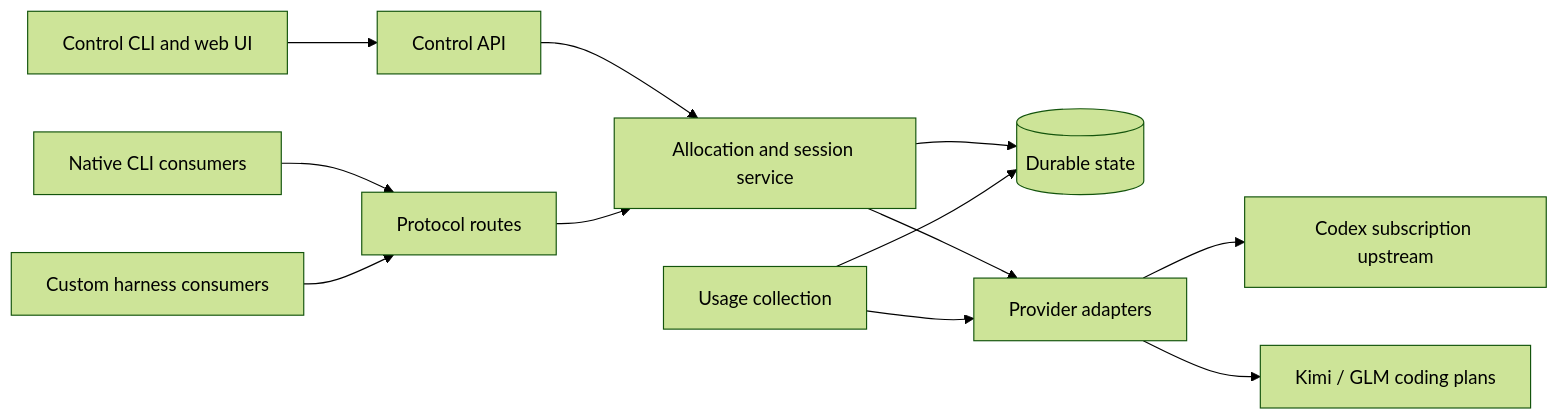
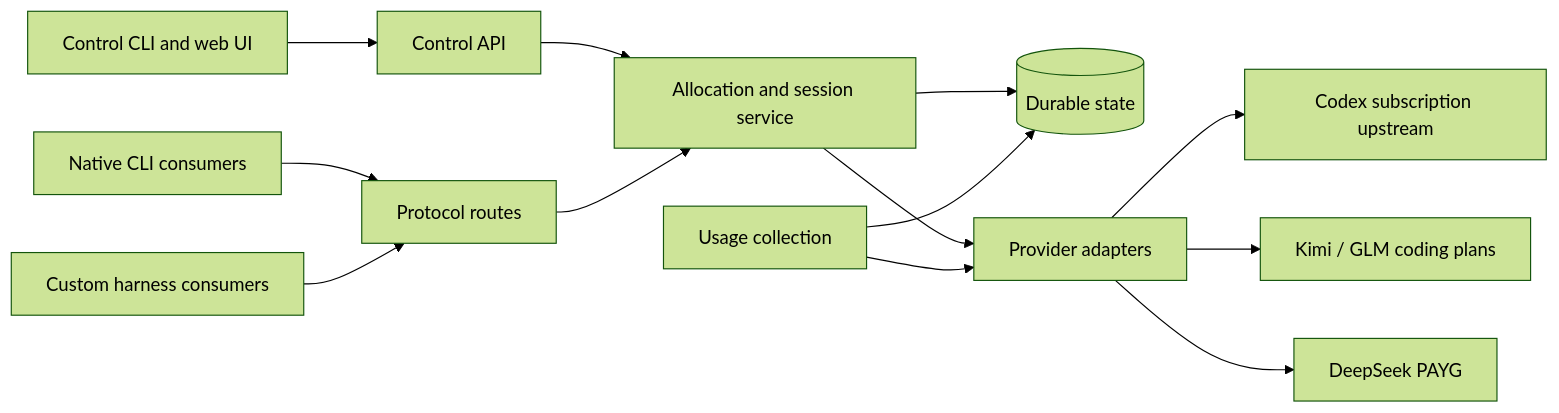
One commit to invidious9000/poolparty changed the diagram in design/architecture.md. Above: the diagram before and after it, drawn with Mermaid (forest theme). The commit also changed 12 other files, not shown here.

Commit message:
Add DeepSeek PAYG and incorporate existing provider API priors

````diff
--- a/design/architecture.md
+++ b/design/architecture.md
@@ -28,14 +28,15 @@
 ```mermaid
 flowchart LR
   CLI[Native CLI consumers] --> R[Protocol routes]
   Harness[Custom harness consumers] --> R
   Client[Control CLI and web UI] --> API[Control API]
   API --> Core[Allocation and session service]
   R --> Core
   Core --> DB[(Durable state)]
   Core --> Adapters[Provider adapters]
   Adapters --> Codex[Codex subscription upstream]
   Adapters --> Others[Kimi / GLM coding plans]
+  Adapters --> PAYG[DeepSeek PAYG]
   Collect[Usage collection] --> Adapters
   Collect --> DB
 ```
````
